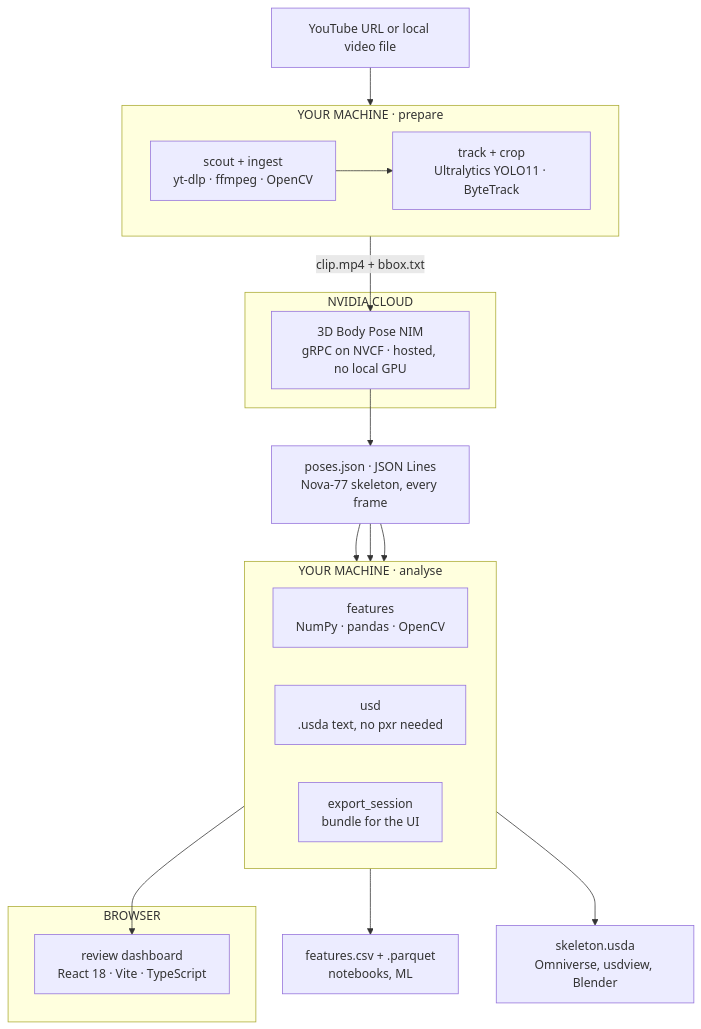
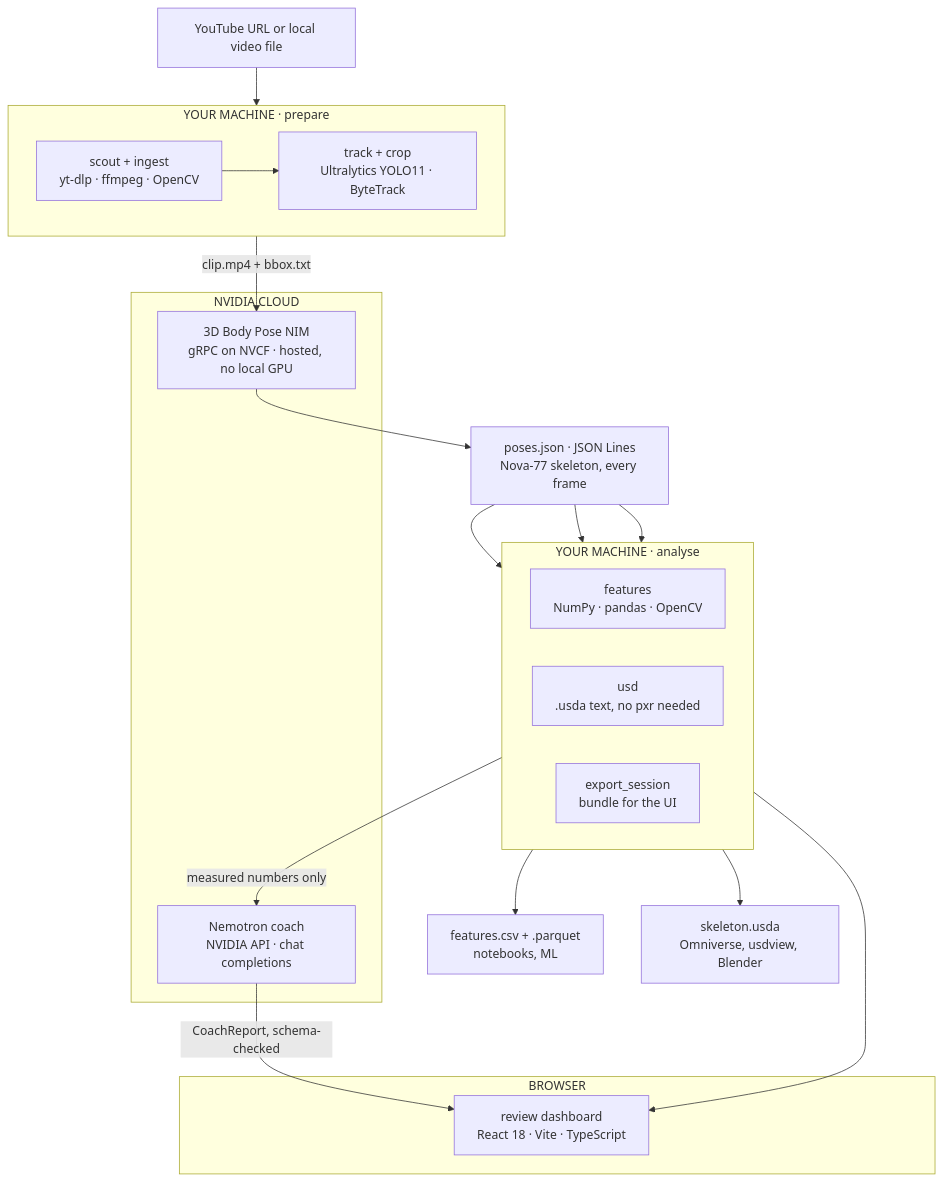
One commit to chostudio/snow changed the second of 2 diagrams in README.md. Above: the diagram before and after it, drawn with Mermaid. The commit also changed other lines of this file and 4 other files, not shown here.

First line of the commit message:
docs: the Nemotron coach, and what now leaves the machine

````diff
--- a/README.md
+++ b/README.md
@@ -44,38 +46,41 @@
 ```mermaid
 flowchart TB
     SRC["YouTube URL or local video file"]
 
     subgraph PREP["YOUR MACHINE · prepare"]
         direction LR
         A["scout + ingest<br/>yt-dlp · ffmpeg · OpenCV"]
         B["track + crop<br/>Ultralytics YOLO11 · ByteTrack"]
         A --> B
     end
 
     subgraph CLOUD["NVIDIA CLOUD"]
         NIM["3D Body Pose NIM<br/>gRPC on NVCF · hosted, no local GPU"]
+        NEMO["Nemotron coach<br/>NVIDIA API · chat completions"]
     end
 
     POSES["poses.json · JSON Lines<br/>Nova-77 skeleton, every frame"]
 
     subgraph ANALYSE["YOUR MACHINE · analyse"]
         direction LR
         C["features<br/>NumPy · pandas · OpenCV"]
         D["usd<br/>.usda text, no pxr needed"]
         E["export_session<br/>bundle for the UI"]
     end
 
     CSV["features.csv + .parquet<br/>notebooks, ML"]
     USDA["skeleton.usda<br/>Omniverse, usdview, Blender"]
 
     subgraph BROWSER["BROWSER"]
         W["review dashboard<br/>React 18 · Vite · TypeScript"]
     end
 
     SRC --> A
     B -- "clip.mp4 + bbox.txt" --> NIM
     NIM --> POSES
     POSES --> C --> CSV
     POSES --> D --> USDA
     POSES --> E --> W
+    E -- "measured numbers only" --> NEMO
+    NEMO -- "CoachReport, schema-checked" --> W
 ```
````
